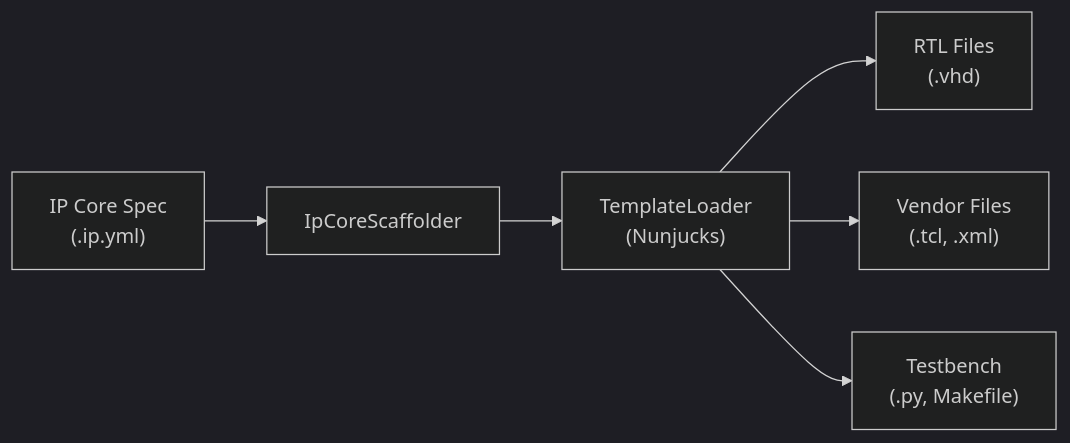
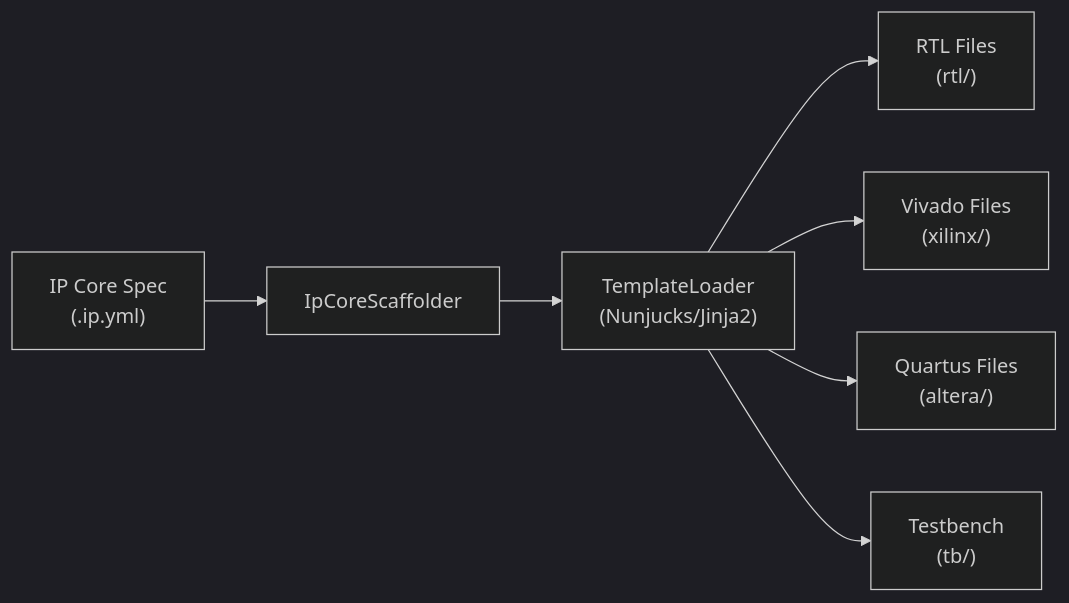
One commit to bleviet/ipcraft-vscode changed the diagram in docs/reference/generator.md. Above: the diagram before and after it, drawn with Mermaid (dark theme). The commit also changed other lines of this file and 8 other files, not shown here.

````diff
--- a/docs/reference/generator.md
+++ b/docs/reference/generator.md
@@ -9,8 +9,9 @@
 ```mermaid
 graph LR
     IP["IP Core Spec\n(.ip.yml)"] --> S["IpCoreScaffolder"]
-    S --> T["TemplateLoader\n(Nunjucks)"]
-    T --> VHDL["RTL Files\n(.vhd)"]
-    T --> VENDOR["Vendor Files\n(.tcl, .xml)"]
-    T --> TB["Testbench\n(.py, Makefile)"]
+    S --> T["TemplateLoader\n(Nunjucks/Jinja2)"]
+    T --> VHDL["RTL Files\n(rtl/)"]
+    T --> XILINX["Vivado Files\n(xilinx/)"]
+    T --> ALTERA["Quartus Files\n(altera/)"]
+    T --> TB["Testbench\n(tb/)"]
 ```
````
